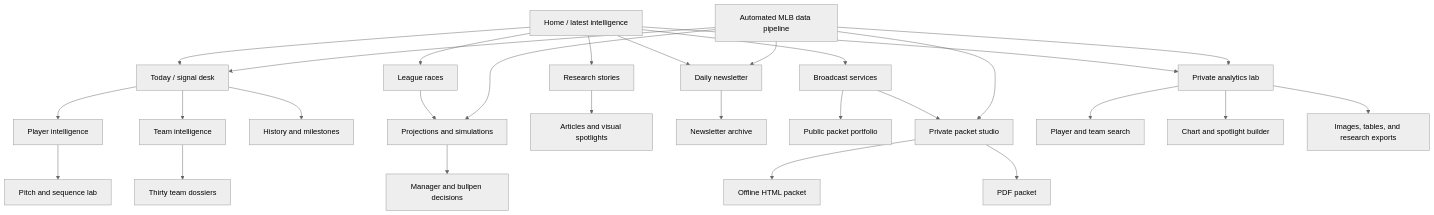
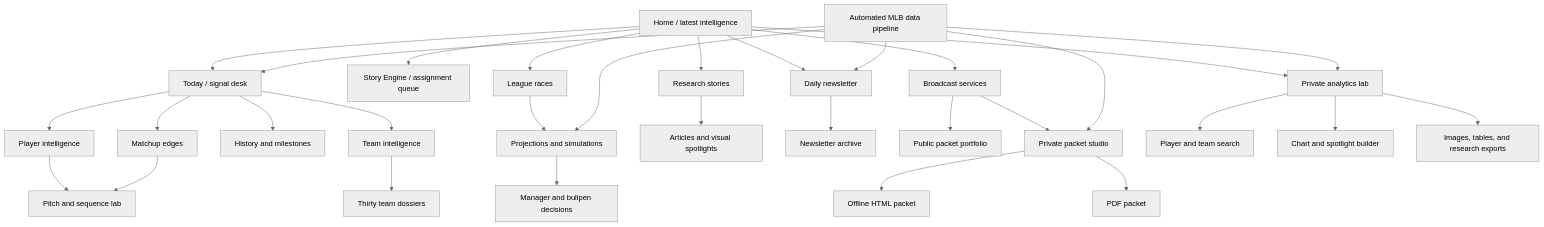
The diagram in SITE-MAP.md (tjohnschultz/thesabrhood), drawn with Mermaid (neutral theme) before and after one commit. The commit also changed other lines of this file and 50 other files, not shown here.

Commit message:
Add story engine and visual matchup intelligence

````diff
--- a/SITE-MAP.md
+++ b/SITE-MAP.md
@@ -7,30 +7,33 @@
 ```mermaid
 flowchart TD
   Home[Home / latest intelligence] --> Today[Today / signal desk]
+  Home --> StoryDesk[Story Engine / assignment queue]
   Home --> Races[League races]
   Home --> Research[Research stories]
   Home --> Newsletter[Daily newsletter]
   Today --> Players[Player intelligence]
   Today --> Teams[Team intelligence]
   Today --> History[History and milestones]
+  Today --> Matchups[Matchup edges]
   Players --> PitchLab[Pitch and sequence lab]
+  Matchups --> PitchLab
   Teams --> TeamPages[Thirty team dossiers]
   Races --> Forecasts[Projections and simulations]
   Forecasts --> Decisions[Manager and bullpen decisions]
   Research --> StoryPages[Articles and visual spotlights]
   Newsletter --> Archive[Newsletter archive]
   Home --> Broadcast[Broadcast services]
   Broadcast --> PacketLibrary[Public packet portfolio]
   Broadcast --> PacketStudio[Private packet studio]
   PacketStudio --> HTML[Offline HTML packet]
   PacketStudio --> PDF[PDF packet]
   Home --> AnalyticsLab[Private analytics lab]
   AnalyticsLab --> PlayerSearch[Player and team search]
   AnalyticsLab --> ChartBuilder[Chart and spotlight builder]
   AnalyticsLab --> Downloads[Images, tables, and research exports]
   Data[Automated MLB data pipeline] --> Today
   Data --> Newsletter
   Data --> Forecasts
   Data --> PacketStudio
   Data --> AnalyticsLab
 ```
````
